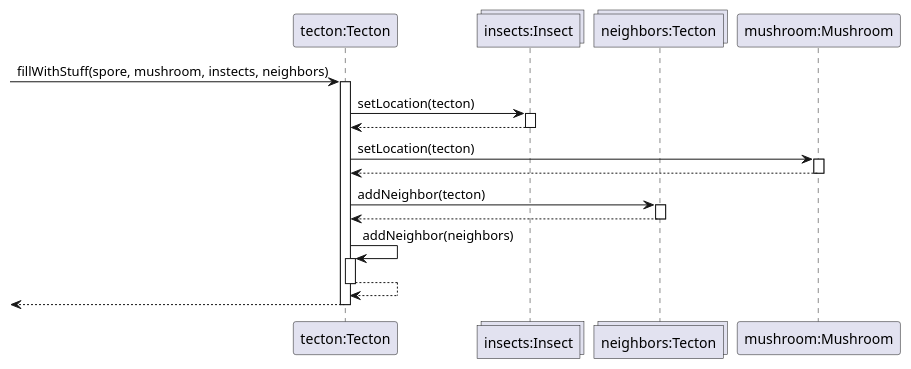
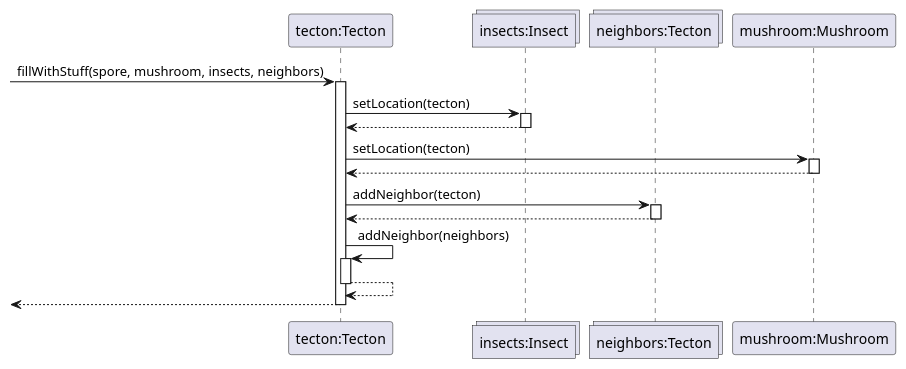
One commit to ZD4ve/projlab-error521 changed the diagram in Tecton/fill-tecton.pu. Above: the diagram before and after it, drawn with PlantUML. The commit also changed 1 other file, not shown here.

```diff
--- a/Tecton/fill-tecton.pu
+++ b/Tecton/fill-tecton.pu
@@ -1,27 +1,27 @@
 @startuml Tecton/fill-tecton
 
 participant "tecton:Tecton" as tecton
 collections "insects:Insect" as insects
 collections "neighbors:Tecton" as neighbors
 participant "mushroom:Mushroom" as mushroom
 
--> tecton : fillWithStuff(spore, mushroom, instects, neighbors)
+-> tecton : fillWithStuff(spore, mushroom, insects, neighbors)
 activate tecton
 tecton -> insects : setLocation(tecton)
 activate insects
 return
 
 tecton -> mushroom : setLocation(tecton)
 activate mushroom
 return
 
 tecton -> neighbors : addNeighbor(tecton)
 activate neighbors
 return
 
 tecton -> tecton : addNeighbor(neighbors)
 activate tecton
 return
 
 return
 @enduml
```
